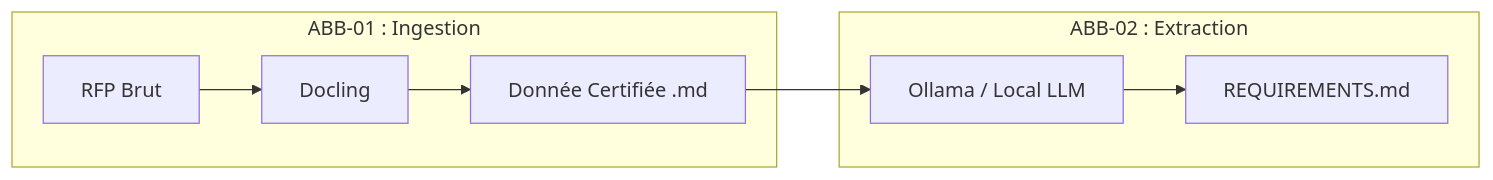
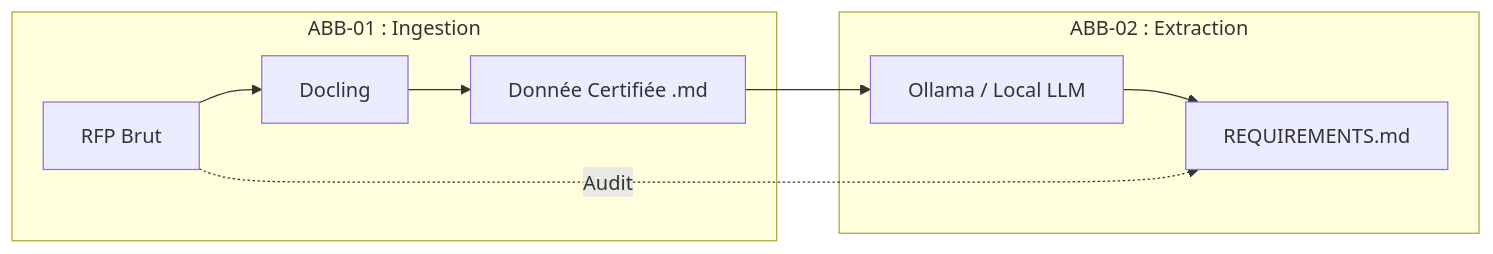
One commit to RodMan121/i-ingestion_lecture_rfp changed the first of 2 diagrams in 00-GOUVERNANCE/LLM_MASTER_KNOWLEDGE.md. Above: the diagram before and after it, drawn with Mermaid. The commit also changed other lines of this file and 2 other files, not shown here.

````diff
--- a/00-GOUVERNANCE/LLM_MASTER_KNOWLEDGE.md
+++ b/00-GOUVERNANCE/LLM_MASTER_KNOWLEDGE.md
@@ -15,11 +13,12 @@
 ```mermaid
 graph LR
     subgraph ABB-01 : Ingestion
         RAW[RFP Brut] --> DOC[Docling]
         DOC --> CERT[Donnée Certifiée .md]
     end
     subgraph ABB-02 : Extraction
         CERT --> OLL[Ollama / Local LLM]
         OLL --> REQ[REQUIREMENTS.md]
     end
+    RAW -. Audit .-> REQ
 ```
````
